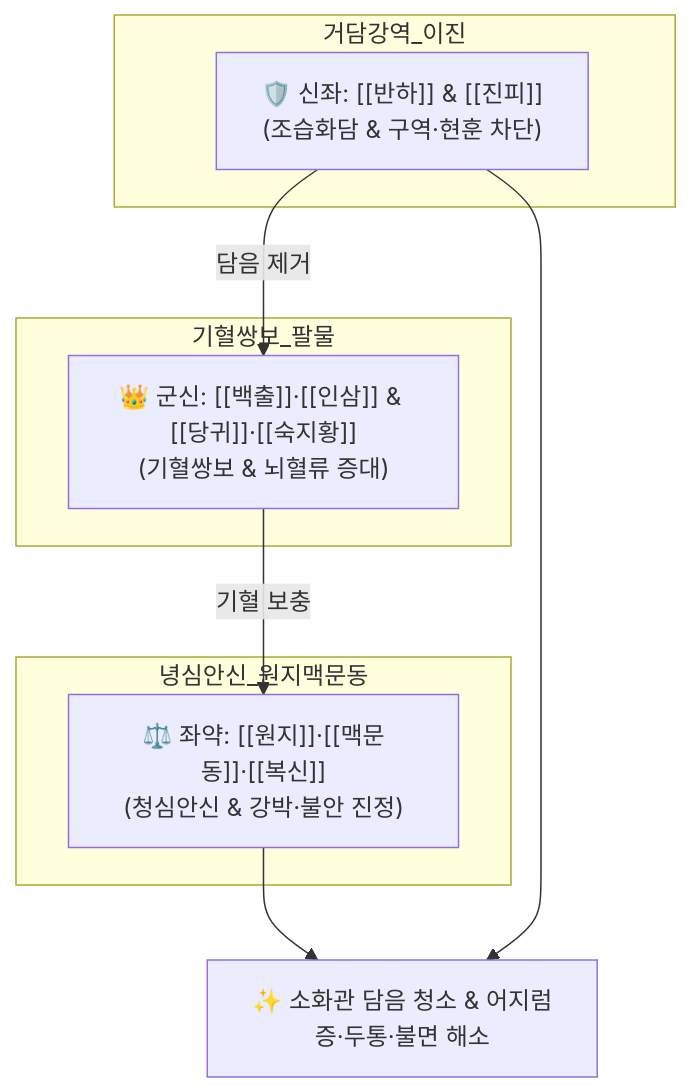
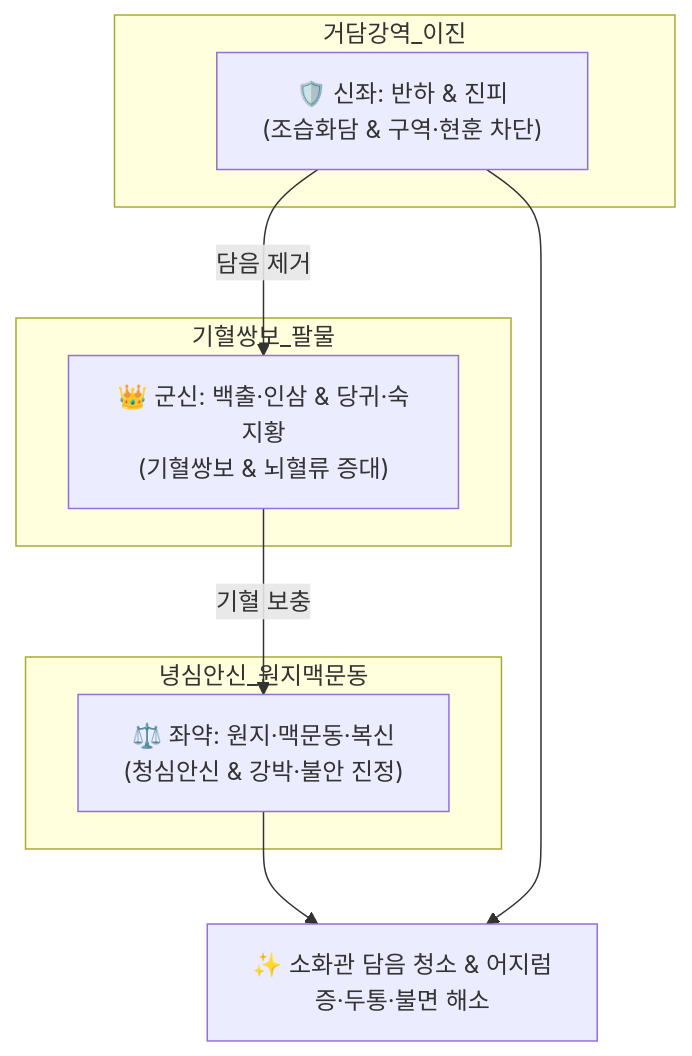
The diagram in content/2. 약리 공부/처방/02_보익제/자음건비탕.md (simbio11/simbio-digital-garden2), drawn with Mermaid before and after one commit. The commit also changed other lines of this file and 323 other files, not shown here.

````diff
--- a/content/2. 약리 공부/처방/02_보익제/자음건비탕.md
+++ b/content/2. 약리 공부/처방/02_보익제/자음건비탕.md
@@ -53,16 +55,16 @@
 ```mermaid
 graph TD
     subgraph 기혈쌍보_팔물
-        PMT["👑 군신: [[백출]]·[[인삼]] & [[당귀]]·[[숙지황]]<br>(기혈쌍보 & 뇌혈류 증대)"]
+        PMT["👑 군신: 백출·인삼 & 당귀·숙지황<br>(기혈쌍보 & 뇌혈류 증대)"]
     end
     subgraph 거담강역_이진
-        EJT["🛡️ 신좌: [[반하]] & [[진피]]<br>(조습화담 & 구역·현훈 차단)"]
+        EJT["🛡️ 신좌: 반하 & 진피<br>(조습화담 & 구역·현훈 차단)"]
     end
     subgraph 녕심안신_원지맥문동
-        ANS["⚖️ 좌약: [[원지]]·[[맥문동]]·[[복신]]<br>(청심안신 & 강박·불안 진정)"]
+        ANS["⚖️ 좌약: 원지·맥문동·복신<br>(청심안신 & 강박·불안 진정)"]
     end
     PMT -->|기혈 보충| ANS
     EJT -->|담음 제거| PMT
     ANS --> Target["✨ 소화관 담음 청소 & 어지럼증·두통·불면 해소"]
     EJT --> Target
 ```
````
